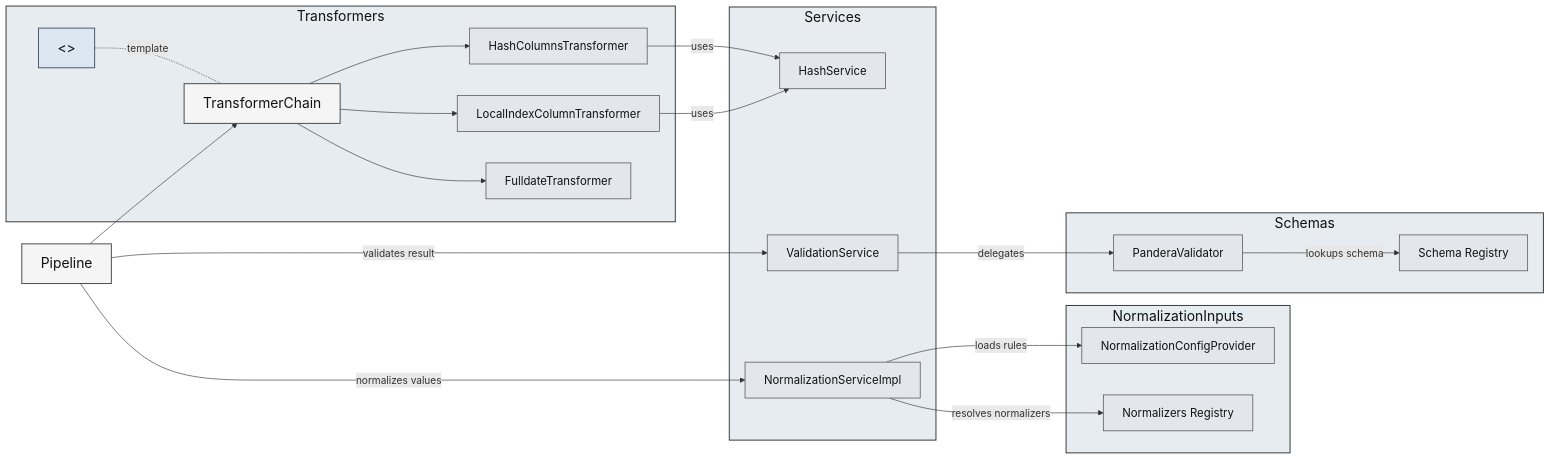
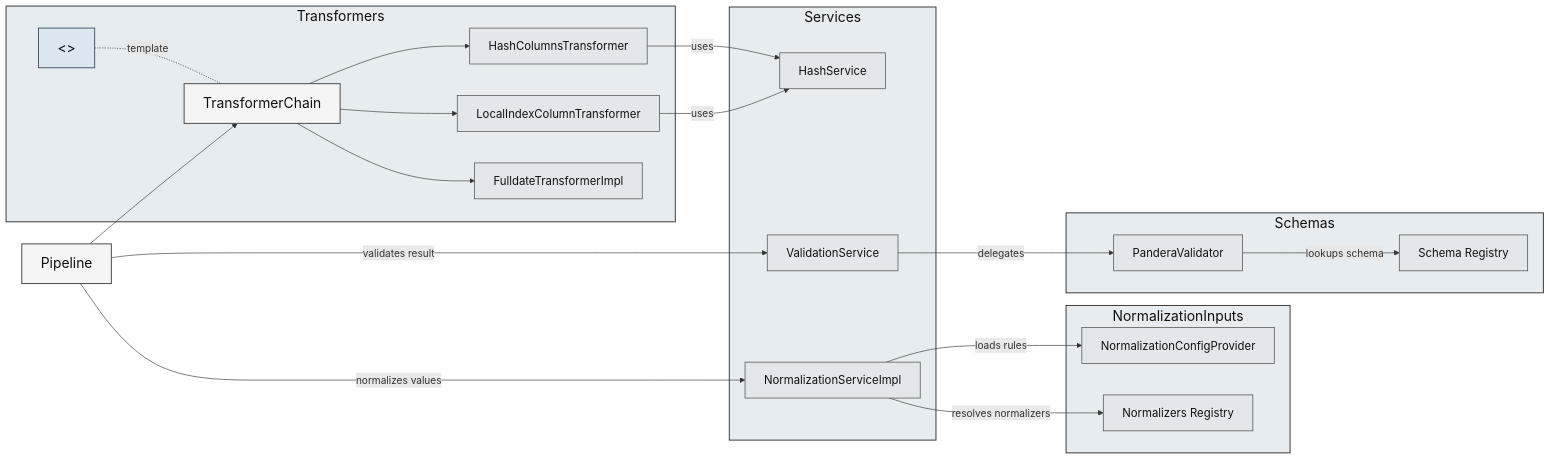
One commit to SatoryKono/BioactivityDataAcquisition changed the diagram in docs/architecture/diagrams/flow/domain-services-transform.mmd. Above: the diagram before and after it, drawn with Mermaid. The commit also changed 10 other files, not shown here.

Commit message:
Use run context timestamp for fulldate transformer

```diff
--- a/docs/architecture/diagrams/flow/domain-services-transform.mmd
+++ b/docs/architecture/diagrams/flow/domain-services-transform.mmd
@@ -1,54 +1,54 @@
 ---
 id: 8f0f89c8-5cff-4b57-a4b9-b5443c28908a
 ---
 flowchart LR
 
 classDef domainPrimary   fill:#f5f5f5,stroke:#444,stroke-width:1.5px,color:#111,font-size:22px;
 classDef domainSecondary fill:#e3e7ec,stroke:#555,stroke-width:1.2px,color:#111,font-size:18px;
 classDef interface       fill:#dde7f2,stroke:#44546a,stroke-width:1.5px,color:#111,font-size:22px;
 classDef group           fill:#e6ecef,stroke:#333,stroke-width:1.5px,color:#111,font-size:22px;
 
 subgraph Transformers
     T_Chain[TransformerChain]:::domainPrimary
     T_Hash[HashColumnsTransformer]:::domainSecondary
     T_Index[LocalIndexColumnTransformer]:::domainSecondary
-    T_Date[FulldateTransformer]:::domainSecondary
+    T_Date[FulldateTransformerImpl]:::domainSecondary
     T_ABC[<<TransformerABC>>]:::interface
 end
 class Transformers group;
 
 subgraph Services
     HS[HashService]:::domainSecondary
     VS[ValidationService]:::domainSecondary
     NS[NormalizationServiceImpl]:::domainSecondary
 end
 class Services group;
 
 subgraph Schemas
     PS[PanderaValidator]:::domainSecondary
     Registry[Schema Registry]:::domainSecondary
 end
 class Schemas group;
 
 subgraph NormalizationInputs
     NCfg[NormalizationConfigProvider]:::domainSecondary
     Normalizers[Normalizers Registry]:::domainSecondary
 end
 class NormalizationInputs group;
 
 Pipeline[Pipeline]:::domainPrimary --> T_Chain
 T_Chain --> T_Hash
 T_Chain --> T_Index
 T_Chain --> T_Date
 T_ABC -. template .- T_Chain
 
 T_Hash -- uses --> HS
 T_Index -- uses --> HS
 
 Pipeline -- validates result --> VS
 Pipeline -- normalizes values --> NS
 
 VS -- delegates --> PS
 PS -- lookups schema --> Registry
 NS -- loads rules --> NCfg
 NS -- resolves normalizers --> Normalizers
```
